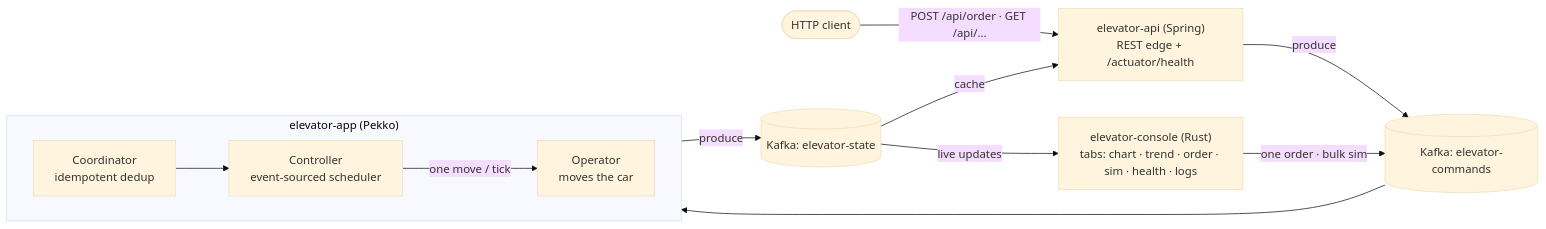
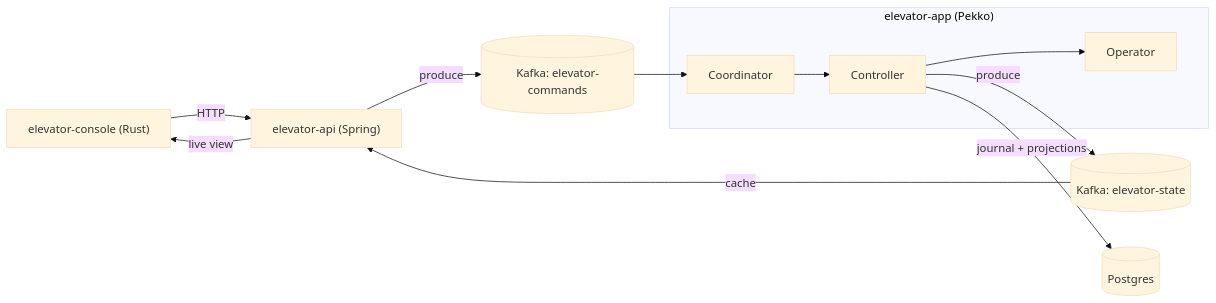
Before and after one commit to TwistedLady/elevator-system: the diagram in README.md, drawn with Mermaid (base theme). The commit also changed other lines of this file and 16 other files, not shown here.

````diff
--- a/README.md
+++ b/README.md
@@ -18,19 +15,12 @@
 ```mermaid
 flowchart LR
-    client(["HTTP client"]) -->|"POST /api/order · GET /api/..."| api["elevator-api (Spring)<br/>REST edge + /actuator/health"]
-    console["elevator-console (Rust)<br/>tabs: chart · trend · order · sim · health · logs"]
-
-    api -->|produce| cmd[("Kafka: elevator-commands")]
-    console -->|"one order · bulk sim"| cmd
-
-    subgraph app["elevator-app (Pekko)"]
-        direction LR
-        coord["Coordinator<br/>idempotent dedup"] --> ctrl["Controller<br/>event-sourced scheduler"]
-        ctrl -->|"one move / tick"| op["Operator<br/>moves the car"]
-    end
-
-    cmd --> coord
-    op -->|produce| state[("Kafka: elevator-state")]
-    state -->|cache| api
-    state -->|live updates| console
+  console["elevator-console (Rust)"] -->|HTTP| api["elevator-api (Spring)"]
+  api -->|produce| cmd[("Kafka: elevator-commands")]
+  subgraph app["elevator-app (Pekko)"]
+    coord["Coordinator"] --> ctrl["Controller"] --> op["Operator"]
+  end
+  cmd --> coord
+  ctrl -->|produce| state[("Kafka: elevator-state")]
+  state -->|cache| api -->|live view| console
+  ctrl -->|journal + projections| pg[("Postgres")]
 ```
````
